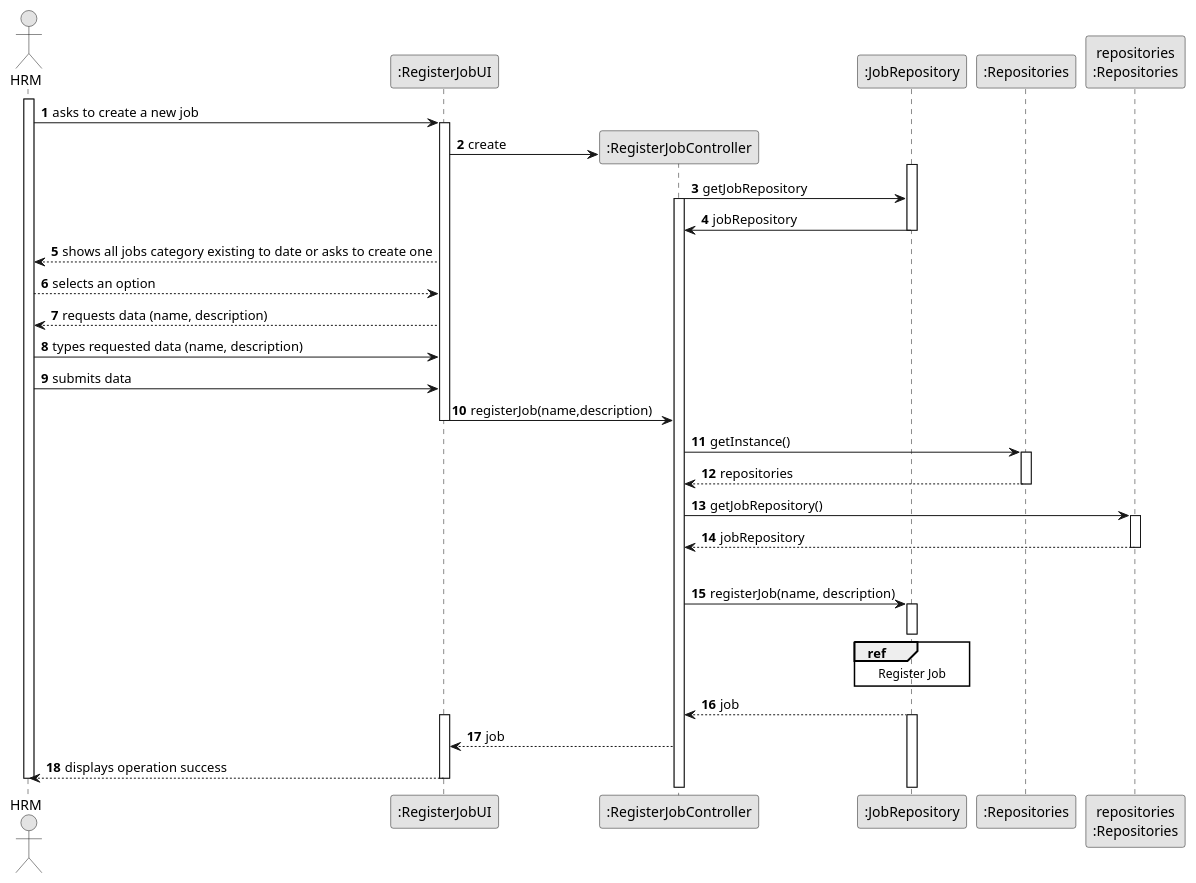
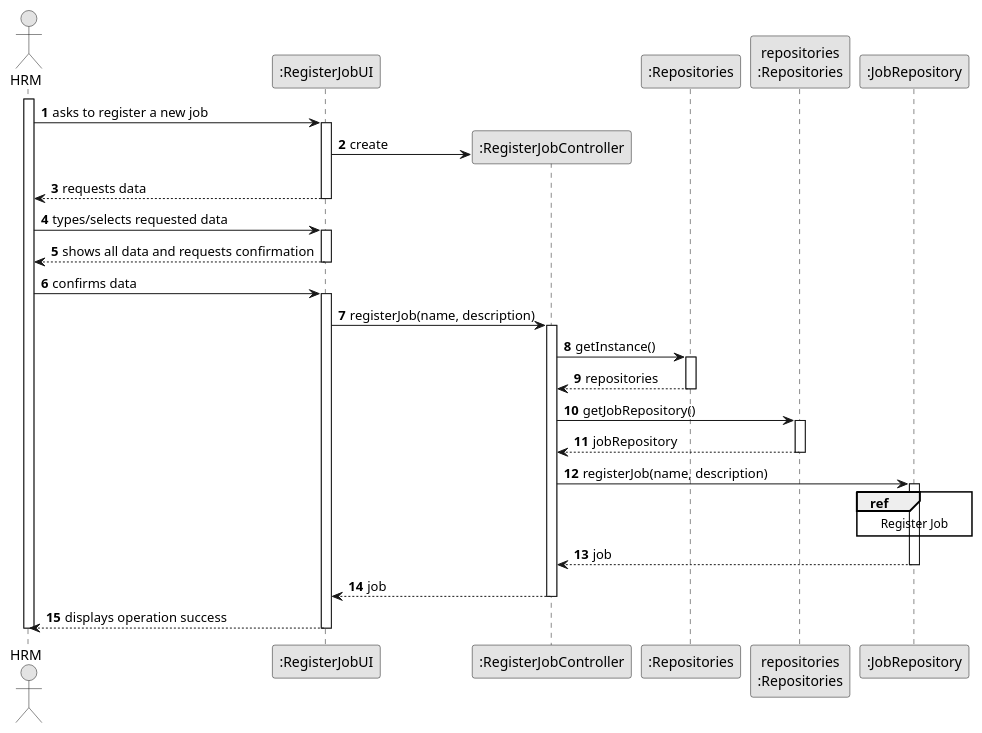
The diagram in docs/sprintA&B&C/us002/03.design/puml/us002-sequence-diagram-split.puml (daniel41silva05/ISEP_2023_2024_LAPR2), drawn with PlantUML before and after one commit. The commit also changed 2 other files, not shown here.

Commit message:
US02 sequence diagram correction

```diff
--- a/docs/sprintA&B&C/us002/03.design/puml/us002-sequence-diagram-split.puml
+++ b/docs/sprintA&B&C/us002/03.design/puml/us002-sequence-diagram-split.puml
@@ -1,87 +1,70 @@
 @startuml
 skinparam monochrome true
 skinparam packageStyle rectangle
 skinparam shadowing false
 
 
 autonumber
 
 'hide footbox
 
 actor "HRM" as HRM
 participant ":RegisterJobUI" as UI
 participant ":RegisterJobController" as CTRL
-participant ":JobRepository" as JOBS
 participant ":Repositories" as REP
-participant "repositories\n:Repositories" as PLAT
+participant "repositories\n:Repositories" as REPS
+participant ":JobRepository" as jobRepository
 
 activate HRM
 
-        HRM -> UI : asks to create a new job
+    HRM -> UI : asks to register a new job
+    activate UI
 
-        activate UI
+        UI -> CTRL** : create
 
-            create CTRL
-            UI -> CTRL** : create
+    UI --> HRM : requests data
+    deactivate UI
 
-            activate JOBS
-            CTRL -> JOBS : getJobRepository
+    HRM -> UI : types/selects requested data
+    activate UI
 
-            activate CTRL
-            JOBS -> CTRL : jobRepository
+    UI --> HRM : shows all data and requests confirmation
+    deactivate UI
 
-            deactivate JOBS
+    HRM -> UI : confirms data
+    activate UI
 
-            UI --> HRM : shows all jobs category existing to date or asks to create one
+        UI -> CTRL: registerJob(name, description)
+        activate CTRL
 
-            HRM --> UI : selects an option
+            CTRL -> REP: getInstance()
+            activate REP
 
-            UI --> HRM : requests data (name, description)
+            REP --> CTRL: repositories
+            deactivate REP
 
+            CTRL -> REPS: getJobRepository()
+            activate REPS
 
+            REPS --> CTRL: jobRepository
+            deactivate REPS
 
-    HRM -> UI : types requested data (name, description)
+            CTRL -> jobRepository: registerJob(name, description)
+            activate jobRepository
 
+                ref over jobRepository
+                    Register Job
+                end ref
 
-    HRM -> UI : submits data
+            jobRepository --> CTRL: job
+            deactivate jobRepository
 
-        UI -> CTRL : registerJob(name,description)
+        CTRL --> UI: job
+        deactivate CTRL
 
-            deactivate UI
-                CTRL -> REP : getInstance()
-                activate REP
-
-                    REP --> CTRL: repositories
-                deactivate REP
-
-                CTRL -> PLAT: getJobRepository()
-
-                activate PLAT
-
-                PLAT --> CTRL: jobRepository
-                deactivate PLAT
-
-
-            |||
-            CTRL -> JOBS: registerJob(name, description)
-
-            activate JOBS
-            ref over JOBS
-                Register Job
-            end ref
-            deactivate JOBS
-
-            JOBS --> CTRL: job
-            activate JOBS
-
-            activate UI
-            CTRL --> UI: job
-
-
-
-            UI --> HRM: displays operation success
+    UI --> HRM : displays operation success
     deactivate UI
 
 deactivate HRM
 
 @enduml
```
